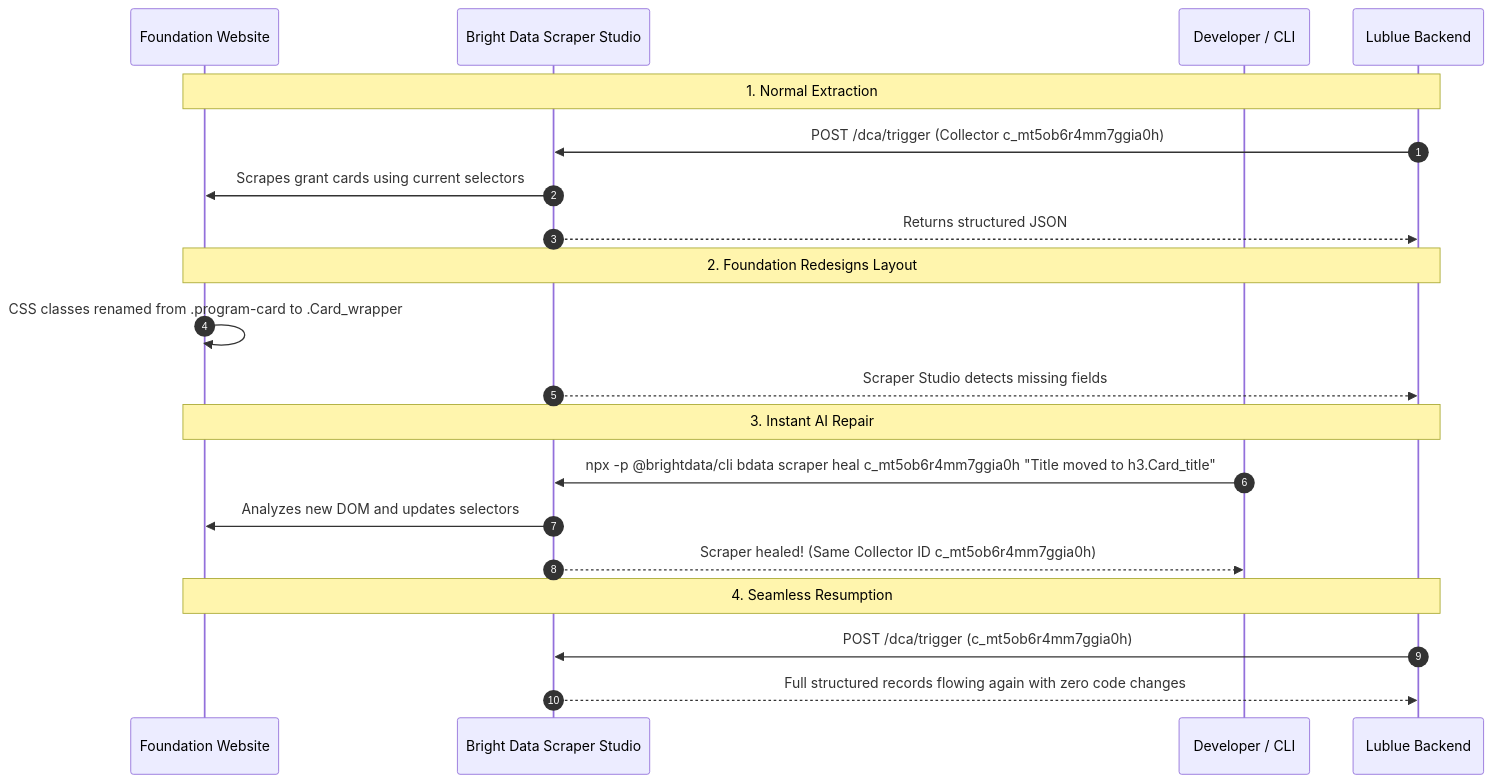
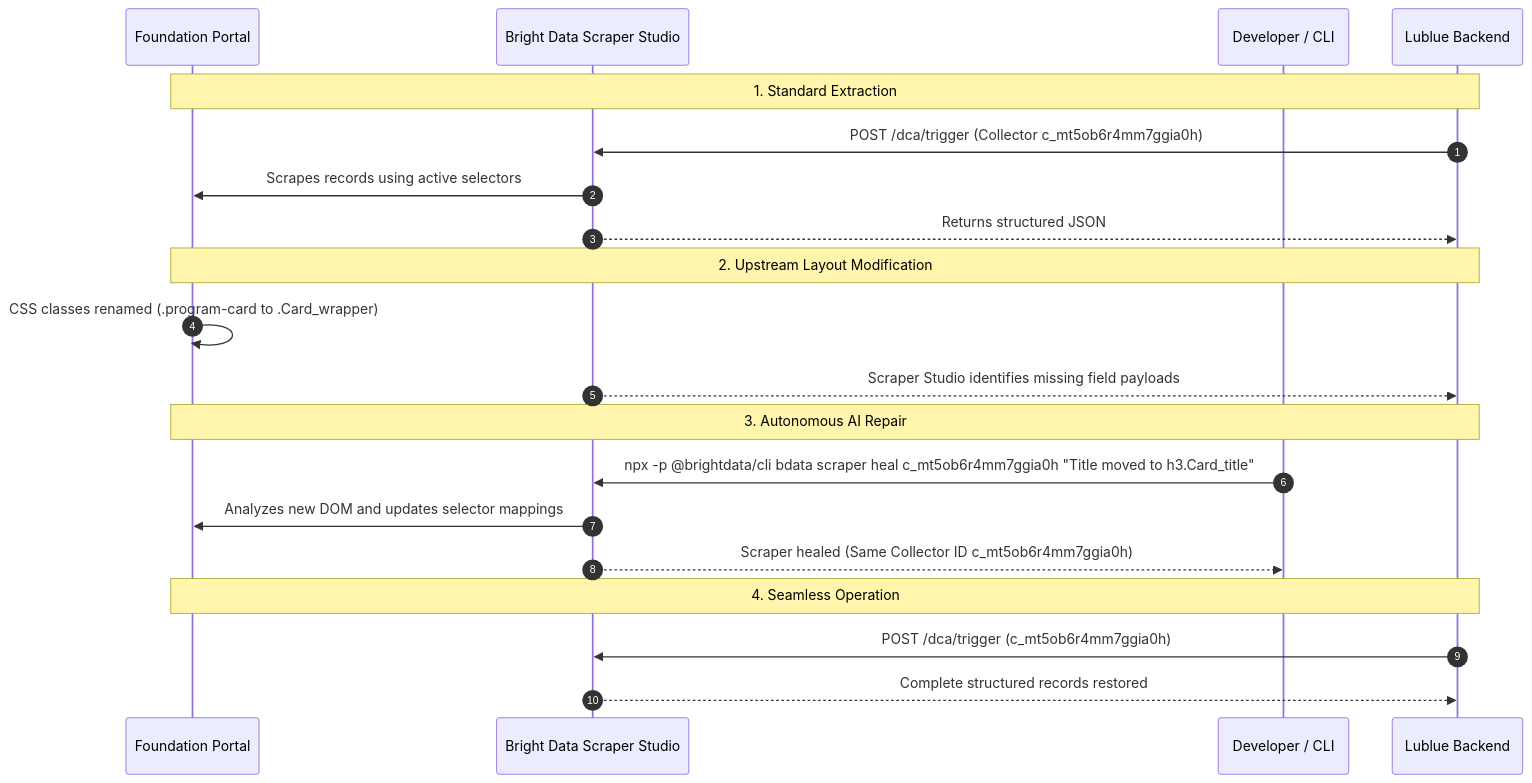
The fourth of 4 diagrams in README.md (Anurag-tech22/lublue), drawn with Mermaid before and after one commit. The commit also changed other lines of this file, not shown here.

Commit message:
docs: polish README into executive corporate design with sleek badges and structured screenshot matrix

````diff
--- a/README.md
+++ b/README.md
@@ -137,26 +128,26 @@
 ```mermaid
 sequenceDiagram
     autonumber
-    participant Portal as Foundation Website
+    participant Portal as Foundation Portal
     participant Studio as Bright Data Scraper Studio
     participant Dev as Developer / CLI
     participant App as Lublue Backend
 
-    Note over Portal,App: 1. Normal Extraction
+    Note over Portal,App: 1. Standard Extraction
     App->>Studio: POST /dca/trigger (Collector c_mt5ob6r4mm7ggia0h)
-    Studio->>Portal: Scrapes grant cards using current selectors
+    Studio->>Portal: Scrapes records using active selectors
     Studio-->>App: Returns structured JSON
 
-    Note over Portal,App: 2. Foundation Redesigns Layout
-    Portal->>Portal: CSS classes renamed from .program-card to .Card_wrapper
-    Studio-->>App: Scraper Studio detects missing fields
+    Note over Portal,App: 2. Upstream Layout Modification
+    Portal->>Portal: CSS classes renamed (.program-card to .Card_wrapper)
+    Studio-->>App: Scraper Studio identifies missing field payloads
 
-    Note over Portal,App: 3. Instant AI Repair
+    Note over Portal,App: 3. Autonomous AI Repair
     Dev->>Studio: npx -p @brightdata/cli bdata scraper heal c_mt5ob6r4mm7ggia0h "Title moved to h3.Card_title"
-    Studio->>Portal: Analyzes new DOM and updates selectors
-    Studio-->>Dev: Scraper healed! (Same Collector ID c_mt5ob6r4mm7ggia0h)
+    Studio->>Portal: Analyzes new DOM and updates selector mappings
+    Studio-->>Dev: Scraper healed (Same Collector ID c_mt5ob6r4mm7ggia0h)
 
-    Note over Portal,App: 4. Seamless Resumption
+    Note over Portal,App: 4. Seamless Operation
     App->>Studio: POST /dca/trigger (c_mt5ob6r4mm7ggia0h)
-    Studio-->>App: Full structured records flowing again with zero code changes
+    Studio-->>App: Complete structured records restored
 ```
````
